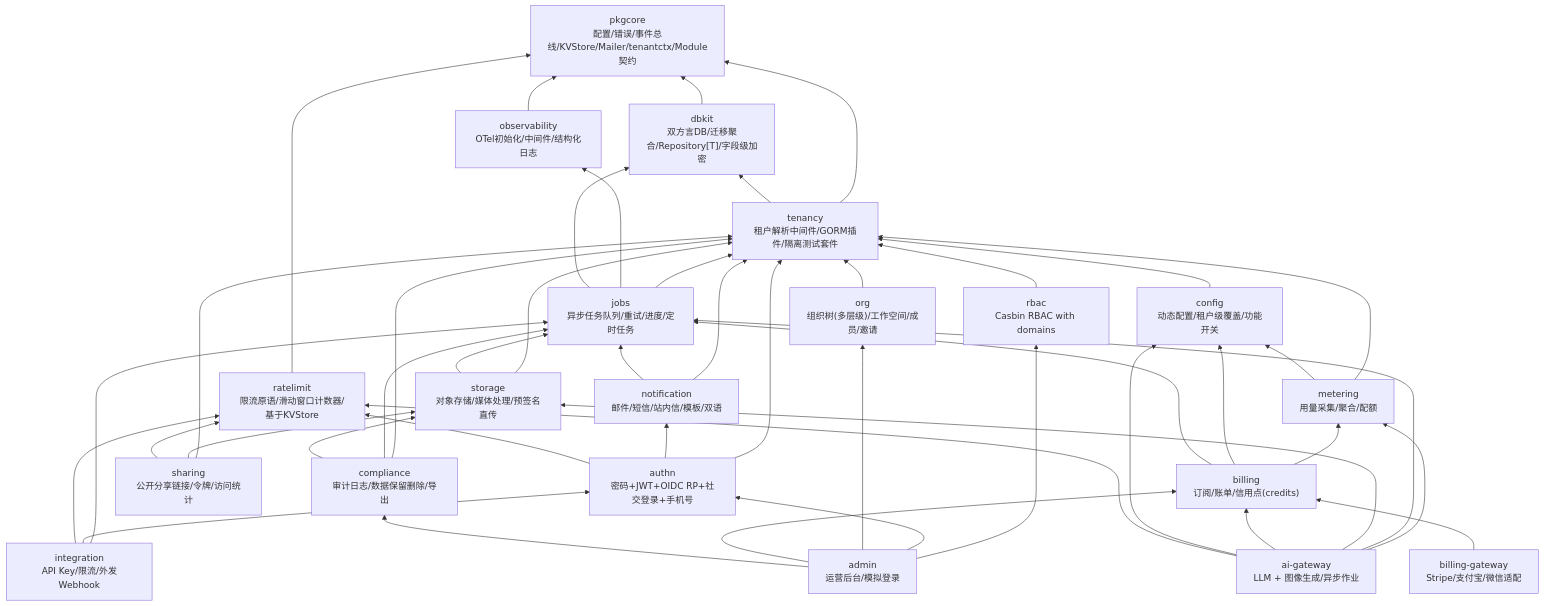
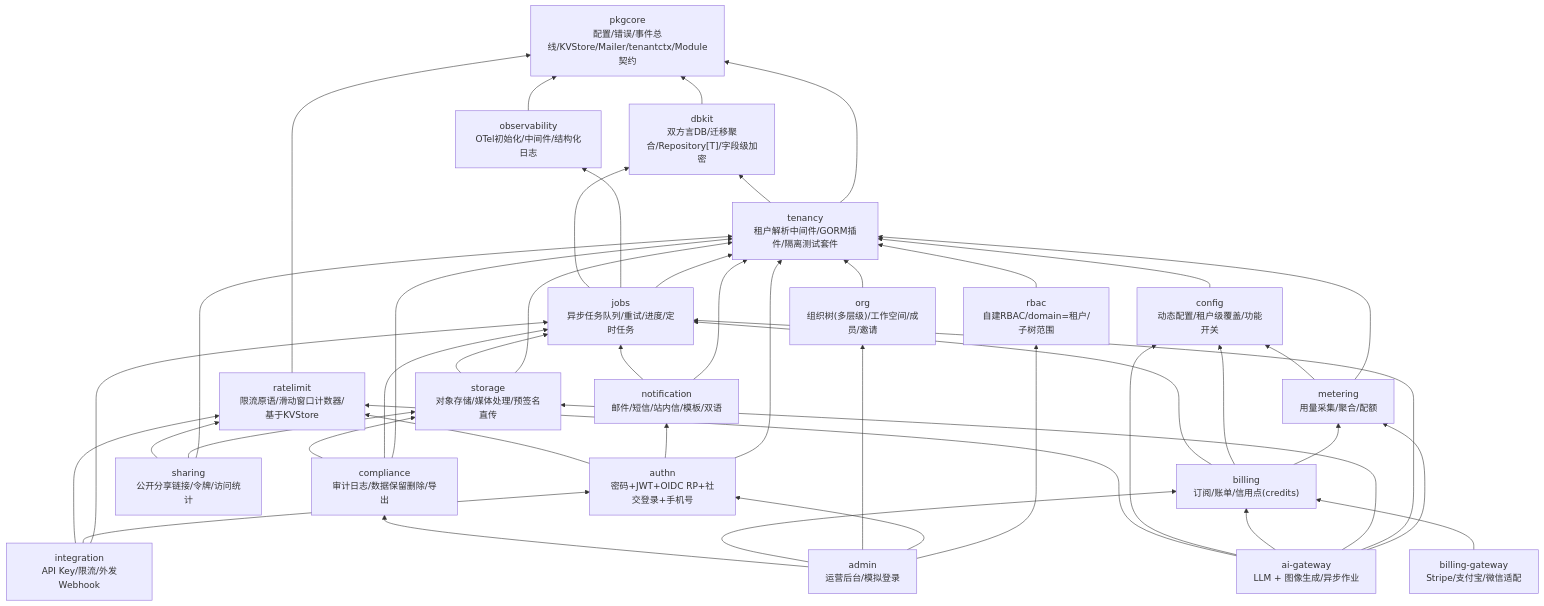
Before and after one commit to vislake/speed: the diagram in docs/internal/01-architecture.md, drawn with Mermaid. The commit also changed 4 other files, not shown here.

First line of the commit message:
docs(internal): record the rbac round's Casbin-to-native correction

````diff
--- a/docs/internal/01-architecture.md
+++ b/docs/internal/01-architecture.md
@@ -10,68 +10,68 @@
 ```mermaid
 graph BT
     pkgcore["pkgcore<br/>配置/错误/事件总线/KVStore/Mailer/tenantctx/Module契约"]
     dbkit["dbkit<br/>双方言DB/迁移聚合/Repository[T]/字段级加密"]
     obs["observability<br/>OTel初始化/中间件/结构化日志"]
     tenancy["tenancy<br/>租户解析中间件/GORM插件/隔离测试套件"]
     ratelimit["ratelimit<br/>限流原语/滑动窗口计数器/基于KVStore"]
     cfg["config<br/>动态配置/租户级覆盖/功能开关"]
     jobs["jobs<br/>异步任务队列/重试/进度/定时任务"]
     storage["storage<br/>对象存储/媒体处理/预签名直传"]
     notify["notification<br/>邮件/短信/站内信/模板/双语"]
     authn["authn<br/>密码+JWT+OIDC RP+社交登录+手机号"]
-    rbac["rbac<br/>Casbin RBAC with domains"]
+    rbac["rbac<br/>自建RBAC/domain=租户/子树范围"]
     metering["metering<br/>用量采集/聚合/配额"]
     org["org<br/>组织树(多层级)/工作空间/成员/邀请"]
     billing["billing<br/>订阅/账单/信用点(credits)"]
     bgw["billing-gateway<br/>Stripe/支付宝/微信适配"]
     ai["ai-gateway<br/>LLM + 图像生成/异步作业"]
     sharing["sharing<br/>公开分享链接/令牌/访问统计"]
     integ["integration<br/>API Key/限流/外发Webhook"]
     comp["compliance<br/>审计日志/数据保留删除/导出"]
     admin["admin<br/>运营后台/模拟登录"]
 
     dbkit --> pkgcore
     obs --> pkgcore
     tenancy --> pkgcore
     tenancy --> dbkit
     ratelimit --> pkgcore
     cfg --> tenancy
     jobs --> tenancy
     jobs --> obs
     jobs --> dbkit
     storage --> tenancy
     storage --> jobs
     notify --> tenancy
     notify --> jobs
     authn --> tenancy
     authn --> notify
     authn --> ratelimit
     rbac --> tenancy
     metering --> tenancy
     metering --> cfg
     org --> tenancy
     billing --> metering
     billing --> cfg
     billing --> jobs
     bgw --> billing
     ai --> metering
     ai --> jobs
     ai --> storage
     ai --> billing
     ai --> cfg
     ai --> ratelimit
     sharing --> tenancy
     sharing --> storage
     sharing --> ratelimit
     integ --> jobs
     integ --> authn
     integ --> ratelimit
     comp --> tenancy
     comp --> jobs
     comp --> storage
     admin --> rbac
     admin --> authn
     admin --> org
     admin --> billing
     admin --> comp
 ```
````
